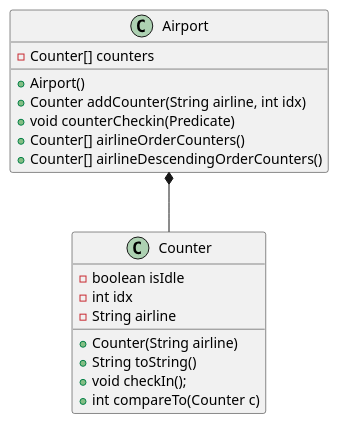
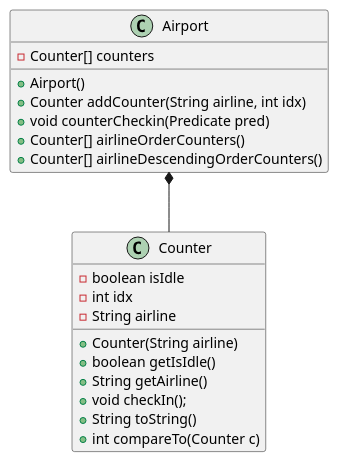
The diagram in src/examenes_viejos/pp_2024_1q/Ej3/Ej3_diagram.puml (rodrihern/POO-ITBA), drawn with PlantUML before and after one commit. The commit also changed 1 other file, not shown here.

Commit message:
added uml to exam exercises

```diff
--- a/src/examenes_viejos/pp_2024_1q/Ej3/Ej3_diagram.puml
+++ b/src/examenes_viejos/pp_2024_1q/Ej3/Ej3_diagram.puml
@@ -1,25 +1,27 @@
 @startuml
 
 class Counter {
     -boolean isIdle
     -int idx
     -String airline
     +Counter(String airline)
+    +boolean getIsIdle()
+    +String getAirline()
+    +void checkIn();
     +String toString()
-    +void checkIn();
     +int compareTo(Counter c)
 
 
 }
 
 class Airport {
     -Counter[] counters
     +Airport()
     +Counter addCounter(String airline, int idx)
-    +void counterCheckin(Predicate)
+    +void counterCheckin(Predicate pred)
     +Counter[] airlineOrderCounters()
     +Counter[] airlineDescendingOrderCounters()
 }
 
 Airport *-- Counter
 @enduml
```
